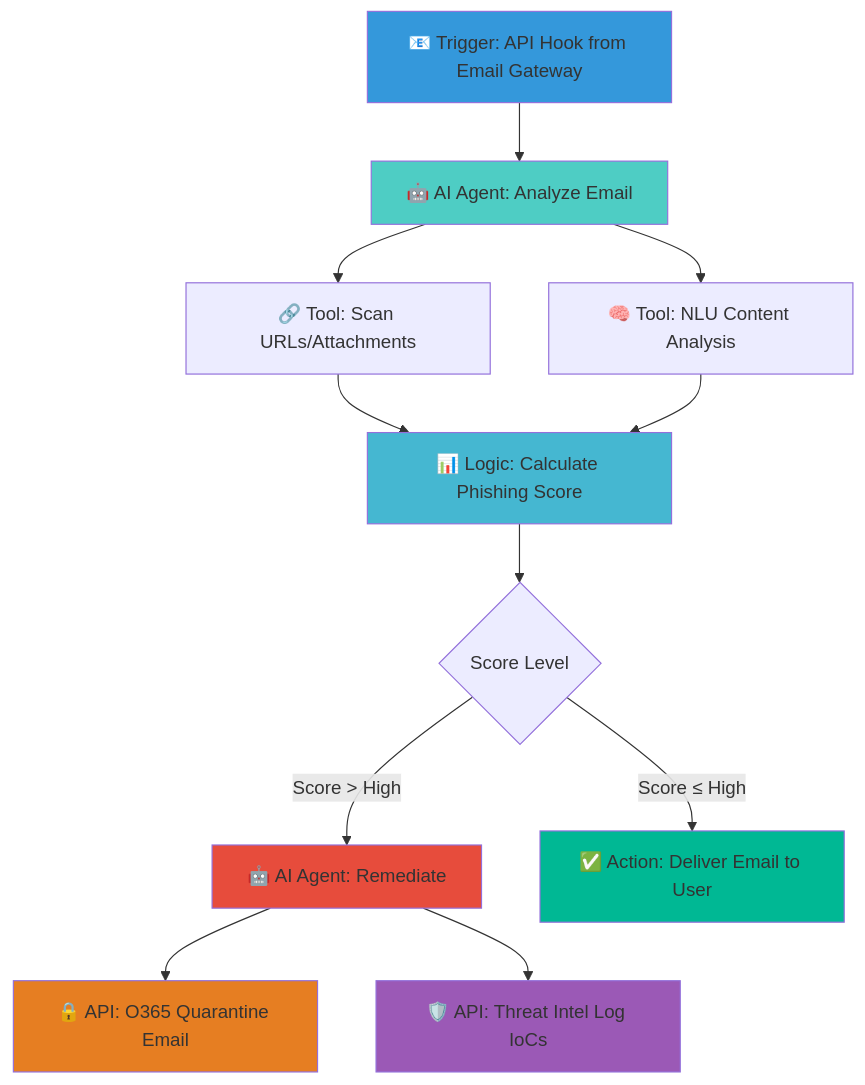
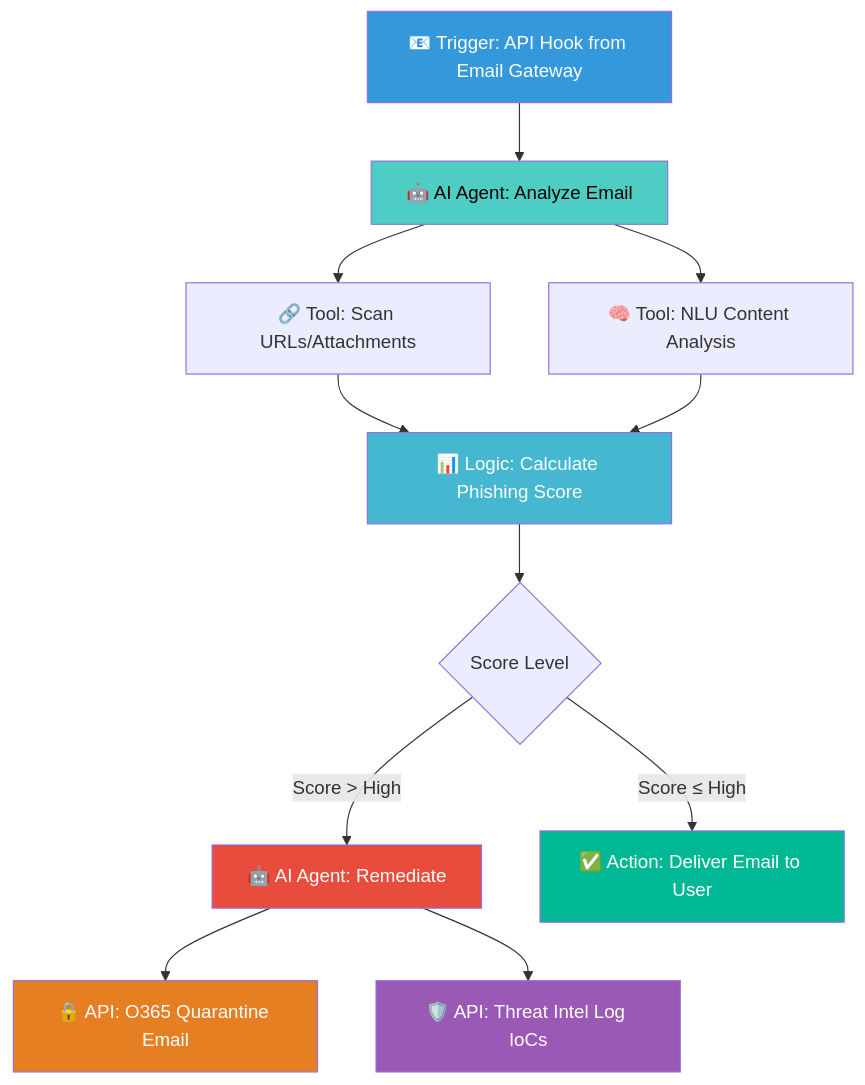
One commit to Ke0xes/AI4SecOps changed the ninth of 10 diagrams in usecases.md. Above: the diagram before and after it, drawn with Mermaid. The commit also changed other lines of this file, not shown here.

````diff
--- a/usecases.md
+++ b/usecases.md
@@ -326,21 +326,21 @@
 ```mermaid
 graph TD
     A[📧 Trigger: API Hook from Email Gateway] --> B[🤖 AI Agent: Analyze Email]
     B --> C[🔗 Tool: Scan URLs/Attachments]
     B --> D[🧠 Tool: NLU Content Analysis]
     C --> E[📊 Logic: Calculate Phishing Score]
     D --> E
     E --> F{Score Level}
     F -->|Score > High| G[🤖 AI Agent: Remediate]
     F -->|Score ≤ High| H[✅ Action: Deliver Email to User]
     G --> I[🔒 API: O365 Quarantine Email]
     G --> J[🛡️ API: Threat Intel Log IoCs]
     
-    style A fill:#3498db
-    style B fill:#4ecdc4
-    style E fill:#45b7d1
-    style G fill:#e74c3c
-    style H fill:#00b894
-    style I fill:#e67e22
-    style J fill:#9b59b6
+    style A fill:#3498db,color:#fff
+    style B fill:#4ecdc4,color:#000
+    style E fill:#45b7d1,color:#fff
+    style G fill:#e74c3c,color:#fff
+    style H fill:#00b894,color:#fff
+    style I fill:#e67e22,color:#fff
+    style J fill:#9b59b6,color:#fff
 ```
````
